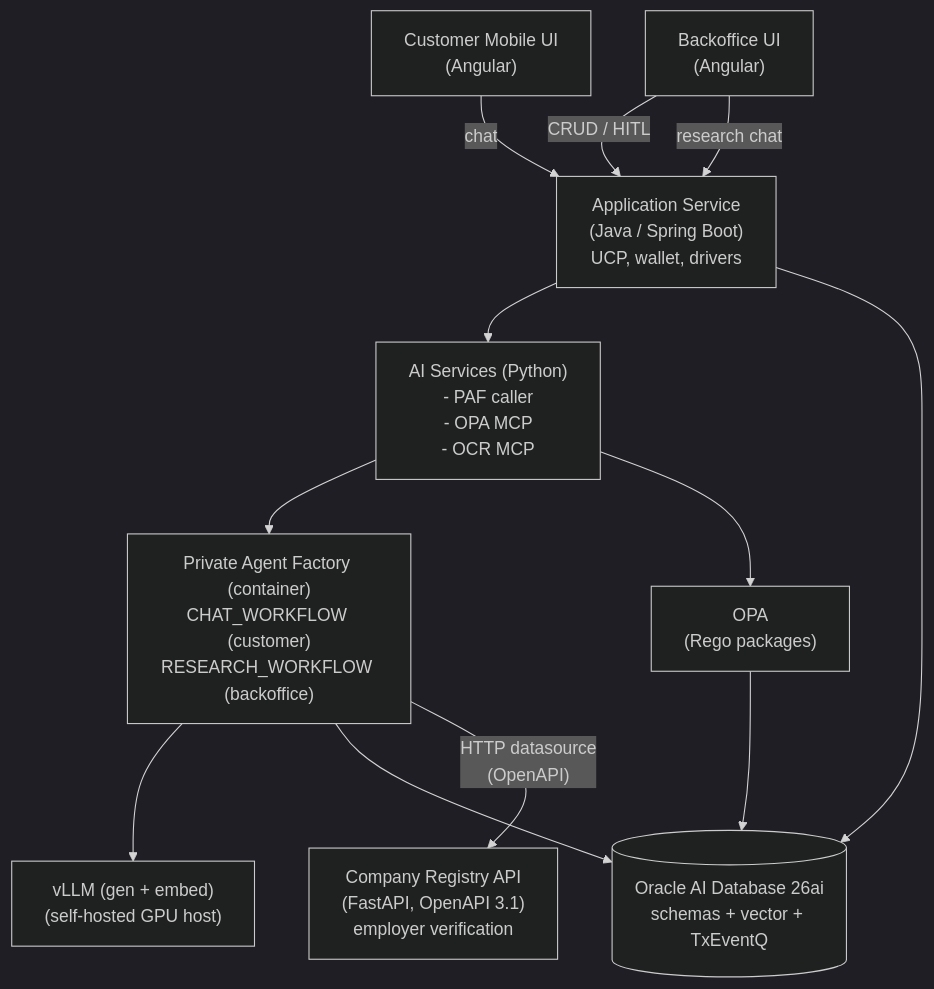
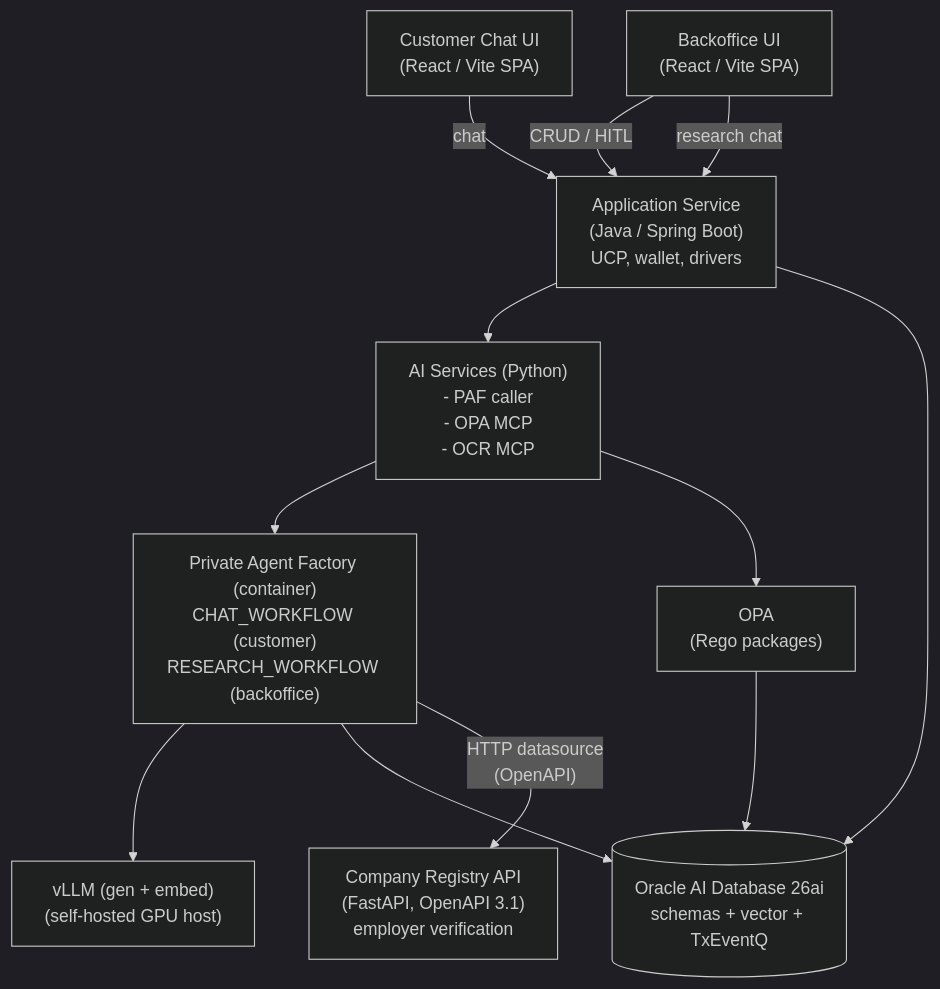
One commit to vmleon/oracle-database-private-agent-factory-poc changed the diagram in docs/DESIGN.md. Above: the diagram before and after it, drawn with Mermaid (dark theme). The commit also changed other lines of this file, not shown here.

Commit message:
docs: update DESIGN.md to shipped React UIs + Caddy front door

````diff
--- a/docs/DESIGN.md
+++ b/docs/DESIGN.md
@@ -41,24 +41,24 @@
 ```mermaid
 flowchart TB
-    mobile["Customer Mobile UI<br/>(Angular)"]
-    backoffice["Backoffice UI<br/>(Angular)"]
+    customer["Customer Chat UI<br/>(React / Vite SPA)"]
+    backoffice["Backoffice UI<br/>(React / Vite SPA)"]
     appsvc["Application Service<br/>(Java / Spring Boot)<br/>UCP, wallet, drivers"]
     ai["AI Services (Python)<br/>- PAF caller<br/>- OPA MCP<br/>- OCR MCP"]
     registry["Company Registry API<br/>(FastAPI, OpenAPI 3.1)<br/>employer verification"]
     paf["Private Agent Factory (container)<br/>CHAT_WORKFLOW (customer)<br/>RESEARCH_WORKFLOW (backoffice)"]
     opa["OPA<br/>(Rego packages)"]
     vllm["vLLM (gen + embed)<br/>(self-hosted GPU host)"]
     db[("Oracle AI Database 26ai<br/>schemas + vector + TxEventQ")]
 
-    mobile -- chat --> appsvc
+    customer -- chat --> appsvc
     backoffice -- "CRUD / HITL" --> appsvc
     backoffice -- "research chat" --> appsvc
     appsvc --> ai
     ai --> paf
     ai --> opa
     paf --> vllm
     paf --> db
     paf -- "HTTP datasource<br/>(OpenAPI)" --> registry
     opa --> db
     appsvc --> db
 ```
````
